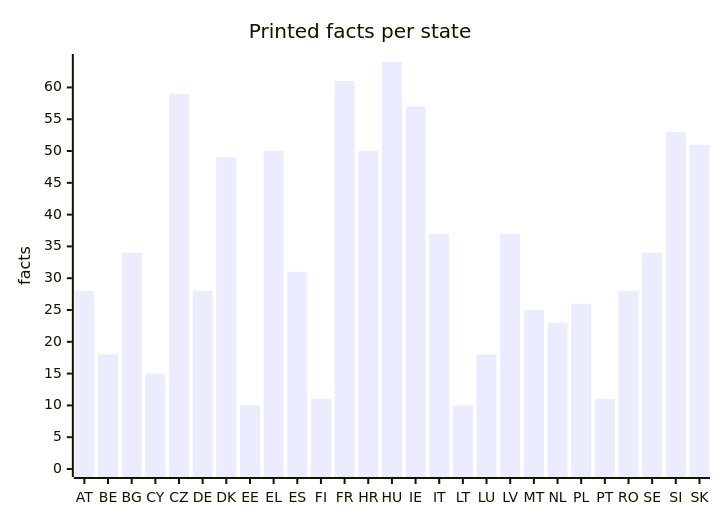
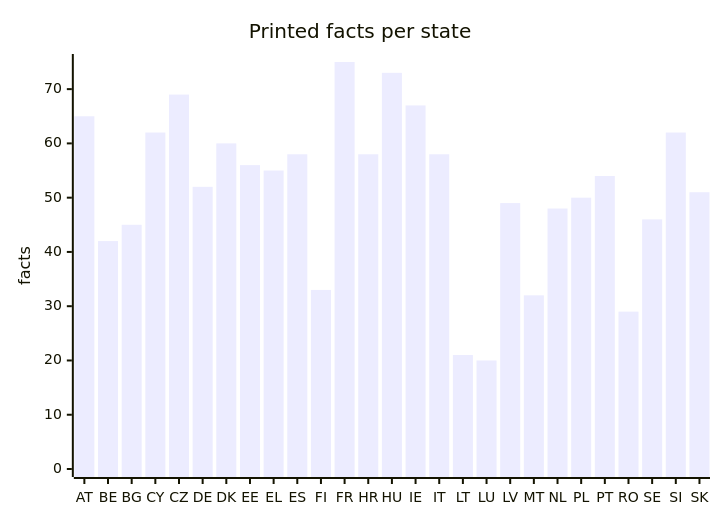
One commit to EU27-data-sovereignty/eu27-data-sovereignty changed the fourth of 5 diagrams in docs/evidence.md. Above: the diagram before and after it, drawn with Mermaid. The commit also changed other lines of this file and 146 other files, not shown here.

````diff
--- a/docs/evidence.md
+++ b/docs/evidence.md
@@ -85,7 +85,7 @@
 ```mermaid
 xychart-beta
   title "Printed facts per state"
   x-axis [AT, BE, BG, CY, CZ, DE, DK, EE, EL, ES, FI, FR, HR, HU, IE, IT, LT, LU, LV, MT, NL, PL, PT, RO, SE, SI, SK]
-  y-axis "facts" 0 --> 64
-  bar [28, 18, 34, 15, 59, 28, 49, 10, 50, 31, 11, 61, 50, 64, 57, 37, 10, 18, 37, 25, 23, 26, 11, 28, 34, 53, 51]
+  y-axis "facts" 0 --> 75
+  bar [65, 42, 45, 62, 69, 52, 60, 56, 55, 58, 33, 75, 58, 73, 67, 58, 21, 20, 49, 32, 48, 50, 54, 29, 46, 62, 51]
 ```
````
